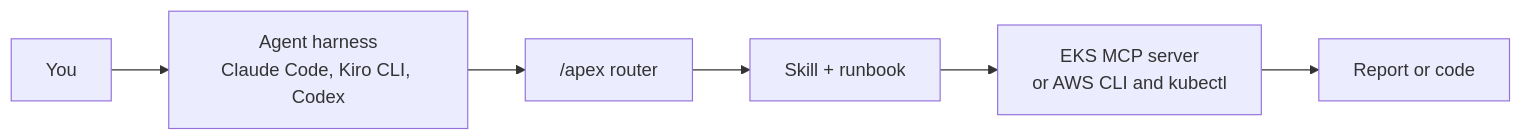
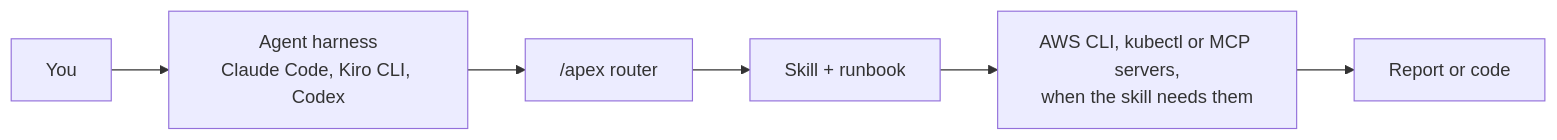
The diagram in misc/readme-candidates/option-2.md (aws-samples/sample-apex-skills), drawn with Mermaid before and after one commit. The commit also changed other lines of this file and 4 other files, not shown here.

````diff
--- a/misc/readme-candidates/option-2.md
+++ b/misc/readme-candidates/option-2.md
@@ -52,8 +56,8 @@
 ```mermaid
 flowchart LR
   U[You] --> H[Agent harness<br/>Claude Code, Kiro CLI, Codex]
   H --> R["/apex router"]
   R --> S[Skill + runbook]
-  S --> T[EKS MCP server<br/>or AWS CLI and kubectl]
+  S --> T["AWS CLI, kubectl or MCP servers,<br/>when the skill needs them"]
   T --> O[Report or code]
 ```
````
